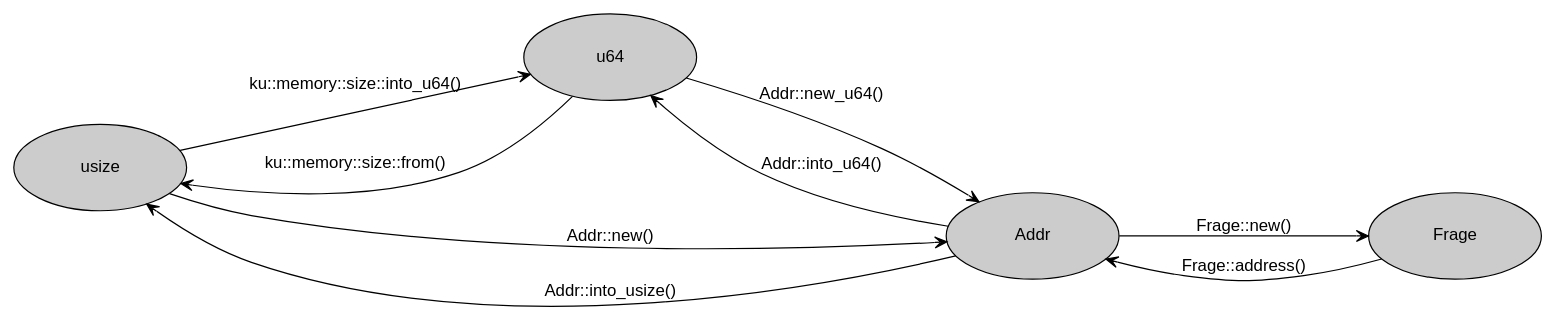
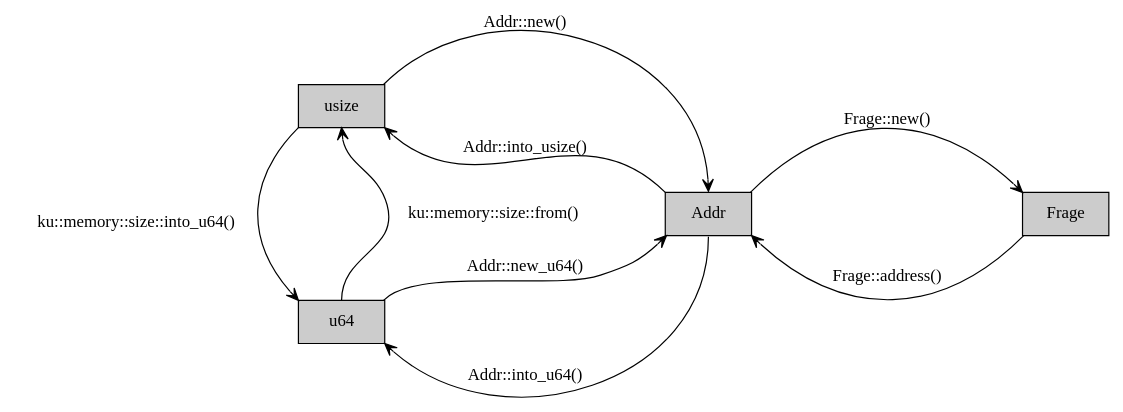
The diagram in lab/src/2-mm-0-intro-3-addr.dot (AntonGlinisty/nikka-practice), drawn with Graphviz before and after one commit. The commit also changed 5 other files, not shown here.

Commit message:
Polish diagrams for lab 2-mm

```diff
--- a/lab/src/2-mm-0-intro-3-addr.dot
+++ b/lab/src/2-mm-0-intro-3-addr.dot
@@ -1,27 +1,29 @@
 digraph diagram {
     rankdir = LR
     ranksep = 1.5
     nodesep = 1
 
     fontname="Helvetica,Arial,sans-serif"
 
-    node [fontname = "Helvetica,Arial,sans-serif"; width = 2.0; height = 1.0; style = filled; fillcolor = "#CCCCCC"]
-    edge [arrowhead = vee; fontname="Helvetica,Arial,sans-serif"]
+    node [shape = box; width = 1.0; height = 0.5; style = filled; fillcolor = "#CCCCCC"]
+    edge [arrowhead = vee; labelfloat = false]
 
+    u64
     usize
-    u64
     Addr
     Frage
 
-    usize -> u64 [label = "ku::memory::size::into_u64()"]
-    u64 -> usize [label = "ku::memory::size::from()"]
+    { rank = same; usize; u64 }
 
-    usize -> Addr [label = "Addr::new()"]
-    u64 -> Addr [label = "Addr::new_u64()"]
+    usize:sw -> u64:nw [xlabel = "ku::memory::size::into_u64()"]
+    u64:n -> usize:s [label = "ku::memory::size::from()"]
 
-    Addr -> usize [constraint = false; label = "Addr::into_usize()"]
-    Addr -> u64 [constraint = false; label = "Addr::into_u64()"]
+    usize:ne -> Addr:n [label = "Addr::new()"]
+    u64:ne -> Addr:sw [label = "Addr::new_u64()"]
 
-    Addr -> Frage [label = "Frage::new()"]
-    Frage -> Addr [constraint = false; label = "Frage::address()"]
+    Addr:nw -> usize:se [label = "Addr::into_usize()"]
+    Addr:s -> u64:se [label = "Addr::into_u64()"]
+
+    Addr:ne -> Frage:nw [label = "Frage::new()"]
+    Frage:sw -> Addr:se [label = "Frage::address()"]
 }
```
